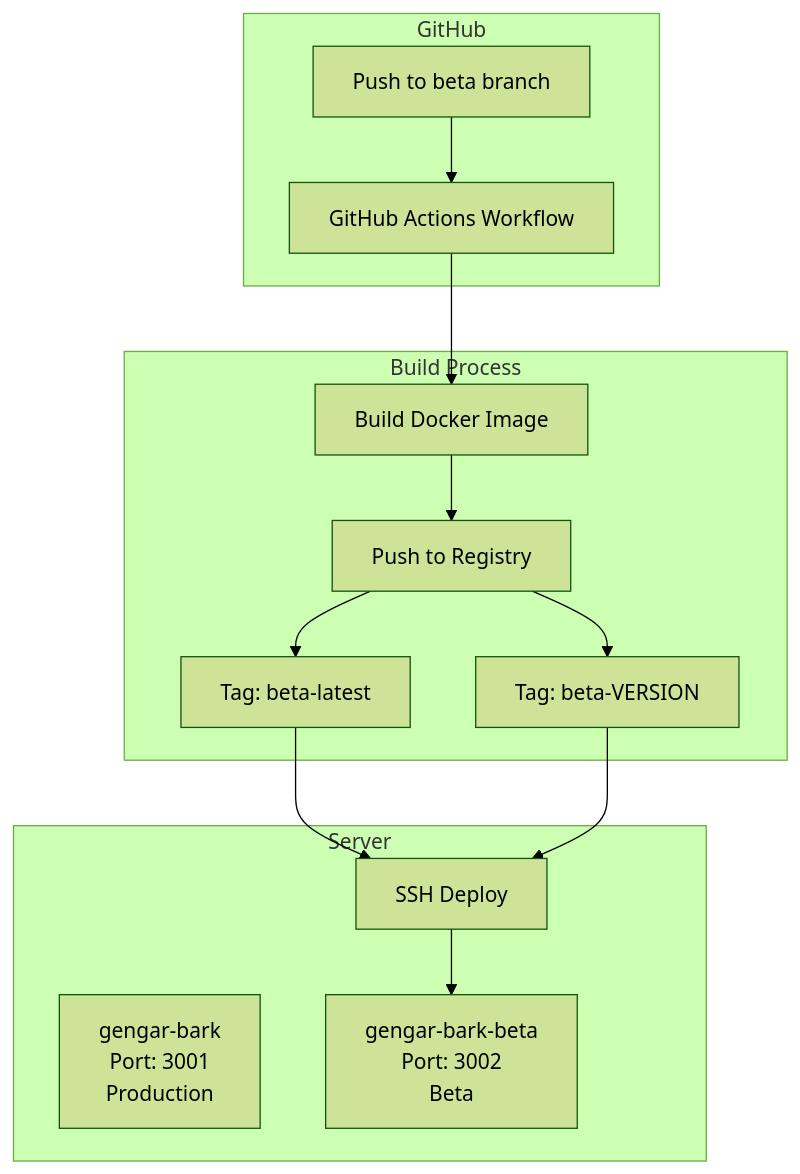
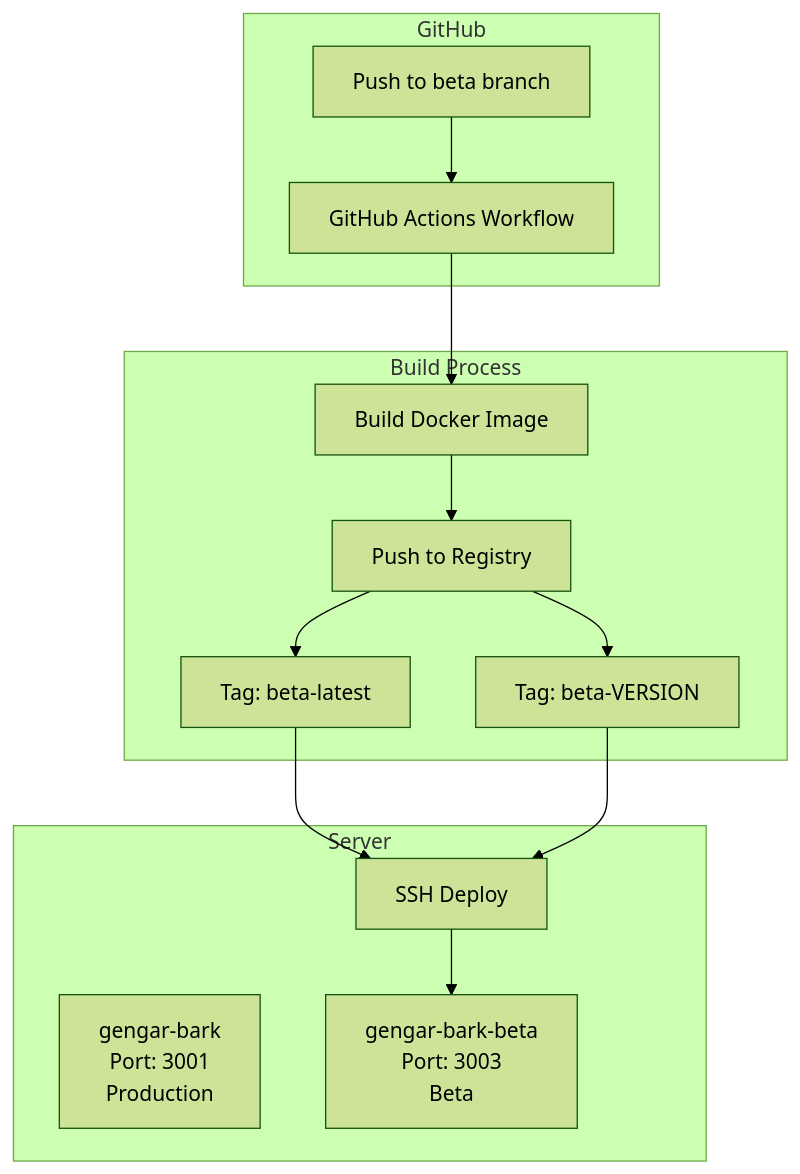
The diagram in .kiro/specs/beta-branch-deployment/design.md (sakiila/gengar-bark-next), drawn with Mermaid (forest theme) before and after one commit. The commit also changed other lines of this file and 3 other files, not shown here.

Commit message:
🔧 chore(ci): update `HOST_PORT` to 3003 in beta deployment workflow

````diff
--- a/.kiro/specs/beta-branch-deployment/design.md
+++ b/.kiro/specs/beta-branch-deployment/design.md
@@ -9,23 +9,23 @@
 ```mermaid
 graph TB
     subgraph "GitHub"
         A[Push to beta branch] --> B[GitHub Actions Workflow]
     end
     
     subgraph "Build Process"
         B --> C[Build Docker Image]
         C --> D[Push to Registry]
         D --> E[Tag: beta-latest]
         D --> F[Tag: beta-VERSION]
     end
     
     subgraph "Server"
         G[SSH Deploy]
         H[gengar-bark<br/>Port: 3001<br/>Production]
-        I[gengar-bark-beta<br/>Port: 3002<br/>Beta]
+        I[gengar-bark-beta<br/>Port: 3003<br/>Beta]
     end
     
     E --> G
     F --> G
     G --> I
 ```
````
